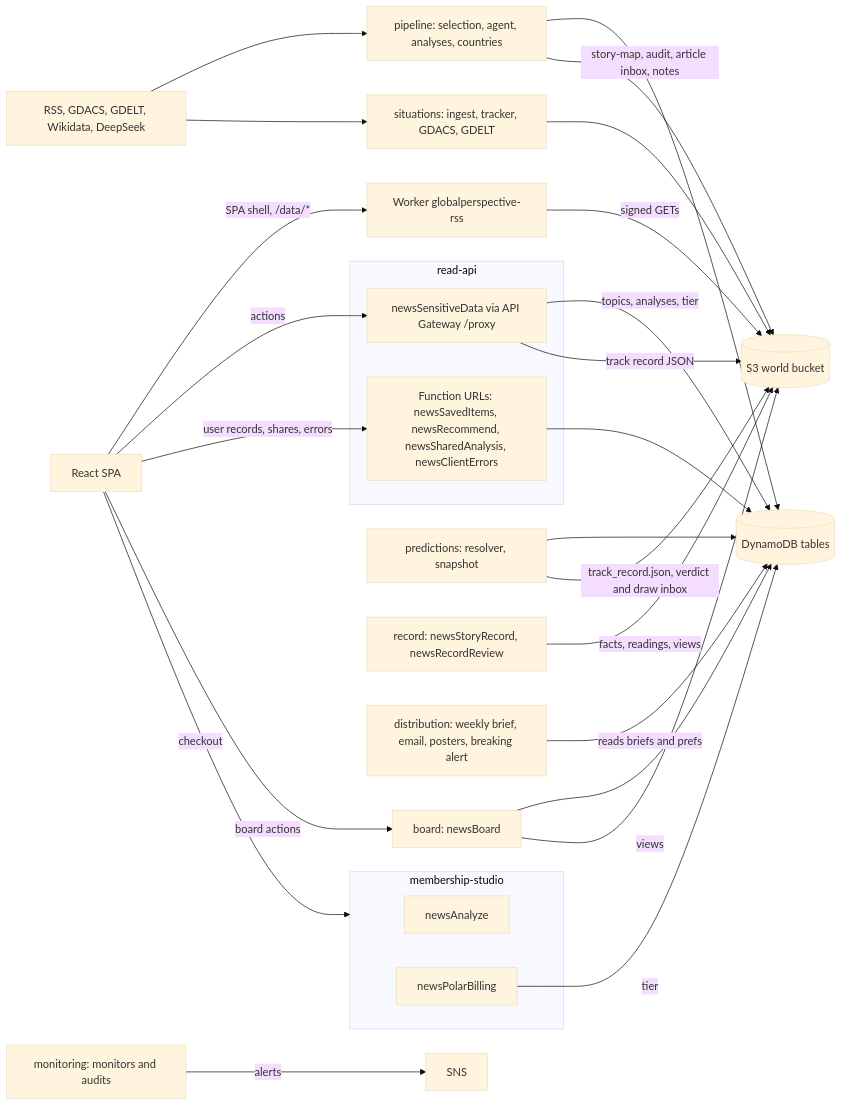
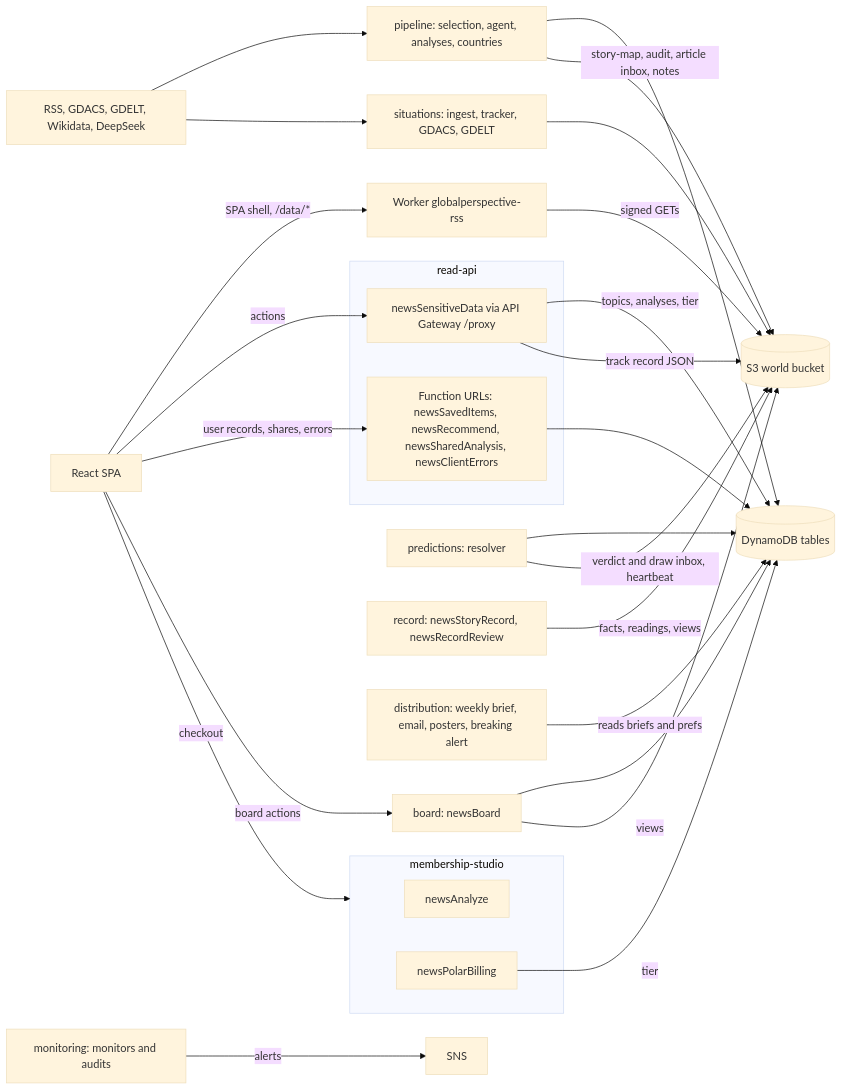
One commit to BenBen05059997/globalPerspective-v1 changed the second of 7 diagrams in project-docs/architecture/ARCHITECTURE.md. Above: the diagram before and after it, drawn with Mermaid (base theme). The commit also changed other lines of this file and 14 other files, not shown here.

First line of the commit message:
Docs: snapshot path retired (prediction_snapshot and prediction_track_record removed, TriggerPredictionsSnapshot disabled); readers on the record

````diff
--- a/project-docs/architecture/ARCHITECTURE.md
+++ b/project-docs/architecture/ARCHITECTURE.md
@@ -53,45 +53,45 @@
 ```mermaid
 flowchart LR
   spa[React SPA]
   worker[Worker globalperspective-rss]
   subgraph read[read-api]
     proxy[newsSensitiveData via API Gateway /proxy]
     fn[Function URLs: newsSavedItems, newsRecommend, newsSharedAnalysis, newsClientErrors]
   end
   board[board: newsBoard]
   subgraph member[membership-studio]
     ana[newsAnalyze]
     bill[newsPolarBilling]
   end
   pipe[pipeline: selection, agent, analyses, countries]
   sit[situations: ingest, tracker, GDACS, GDELT]
-  pred[predictions: resolver, snapshot]
+  pred[predictions: resolver]
   rec[record: newsStoryRecord, newsRecordReview]
   dist[distribution: weekly brief, email, posters, breaking alert]
   mon[monitoring: monitors and audits]
   ddb[(DynamoDB tables)]
   s3[(S3 world bucket)]
   ext[RSS, GDACS, GDELT, Wikidata, DeepSeek]
   spa -->|SPA shell, /data/*| worker
   worker -->|signed GETs| s3
   spa -->|actions| proxy
   spa -->|user records, shares, errors| fn
   spa -->|board actions| board
   spa -->|checkout| member
   proxy -->|topics, analyses, tier| ddb
   proxy -->|track record JSON| s3
   fn --> ddb
   board --> ddb
   board -->|views| s3
   bill -->|tier| ddb
   ext --> pipe
   ext --> sit
   pipe --> ddb
   pipe -->|story-map, audit, article inbox, notes| s3
   sit --> s3
   pred --> ddb
-  pred -->|track_record.json, verdict and draw inbox| s3
+  pred -->|verdict and draw inbox, heartbeat| s3
   rec -->|facts, readings, views| s3
   dist -->|reads briefs and prefs| ddb
   mon -->|alerts| sns[SNS]
 ```
````
